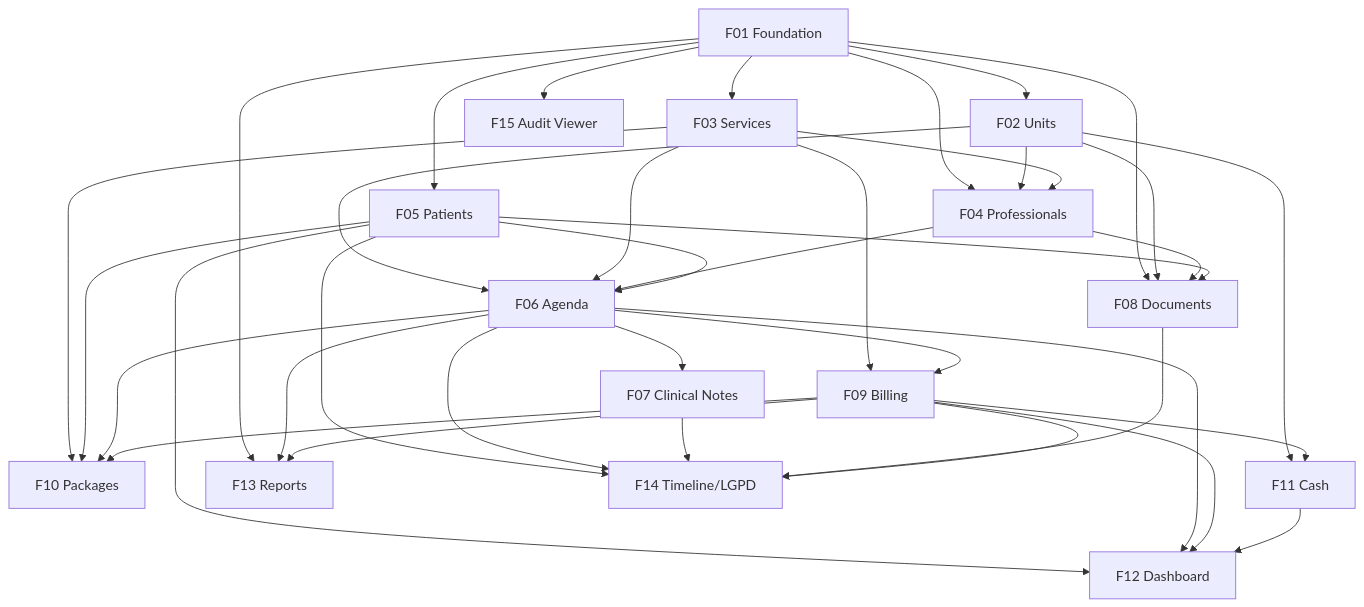
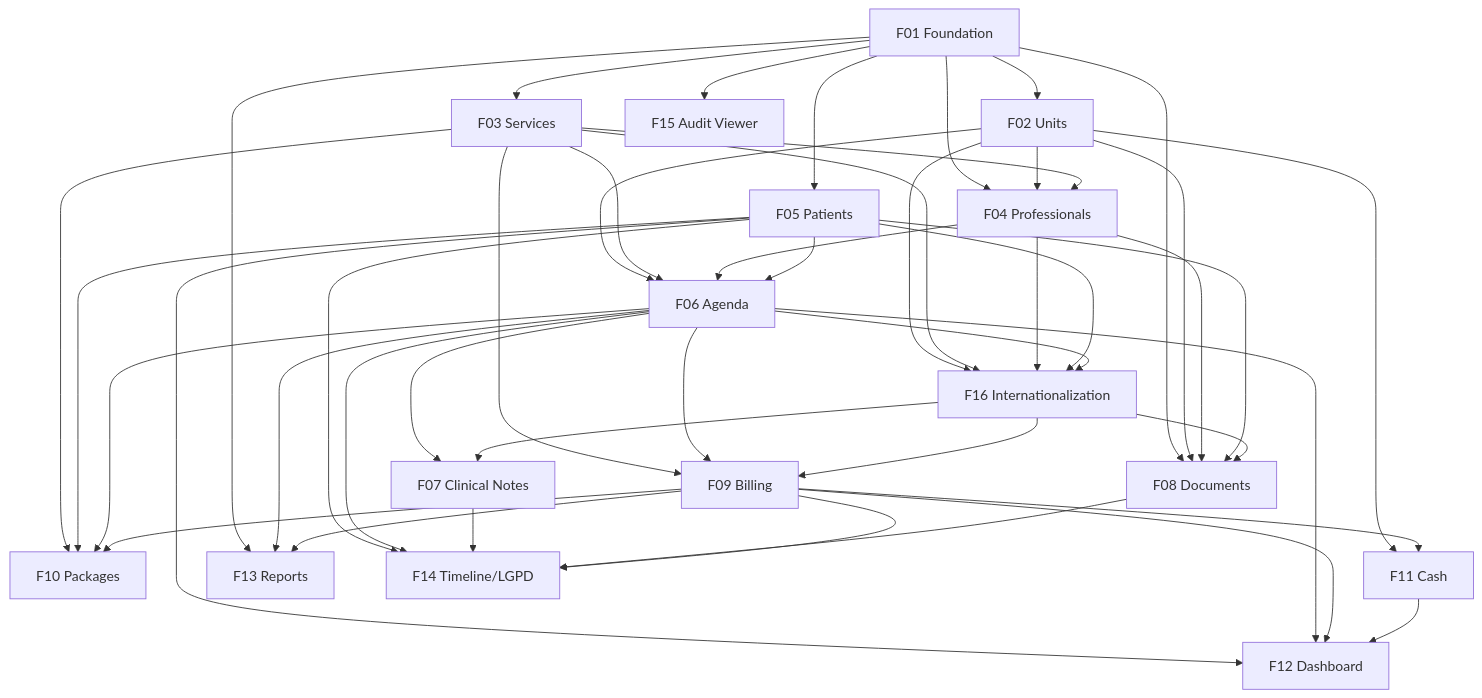
One commit to dennysvf/GCli changed the diagram in docs/prd.en.md. Above: the diagram before and after it, drawn with Mermaid. The commit also changed other lines of this file and 1 other file, not shown here.

First line of the commit message:
docs(prd): add F16 internationalization and country profiles [F16]

````diff
--- a/docs/prd.en.md
+++ b/docs/prd.en.md
@@ -806,39 +882,47 @@
 ```mermaid
 graph TD
   F01[F01 Foundation] --> F02[F02 Units]
   F01 --> F03[F03 Services]
   F01 --> F04[F04 Professionals]
   F02 --> F04
   F03 --> F04
   F01 --> F05[F05 Patients]
   F02 --> F06[F06 Agenda]
   F03 --> F06
   F04 --> F06
   F05 --> F06
   F06 --> F07[F07 Clinical Notes]
   F01 --> F08[F08 Documents]
   F02 --> F08
   F04 --> F08
   F05 --> F08
   F03 --> F09[F09 Billing]
   F06 --> F09
   F03 --> F10[F10 Packages]
   F05 --> F10
   F06 --> F10
   F09 --> F10
   F02 --> F11[F11 Cash]
   F09 --> F11
   F05 --> F12[F12 Dashboard]
   F06 --> F12
   F09 --> F12
   F11 --> F12
   F01 --> F13[F13 Reports]
   F06 --> F13
   F09 --> F13
   F05 --> F14[F14 Timeline/LGPD]
   F06 --> F14
   F07 --> F14
   F08 --> F14
   F09 --> F14
   F01 --> F15[F15 Audit Viewer]
+  F02 --> F16[F16 Internationalization]
+  F03 --> F16
+  F04 --> F16
+  F05 --> F16
+  F06 --> F16
+  F16 --> F07
+  F16 --> F08
+  F16 --> F09
 ```
````
